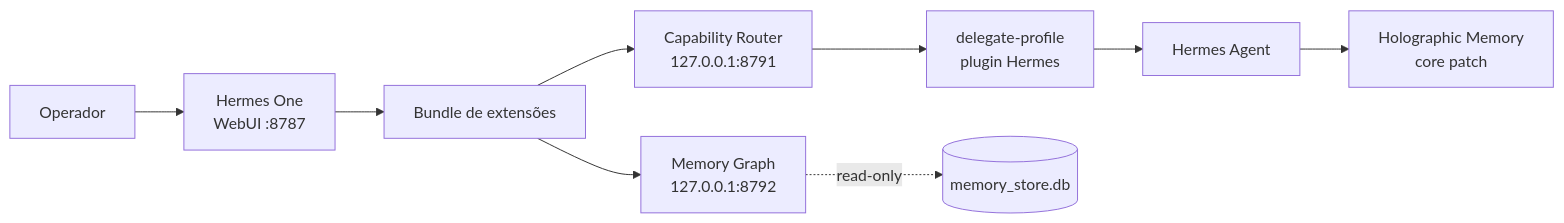
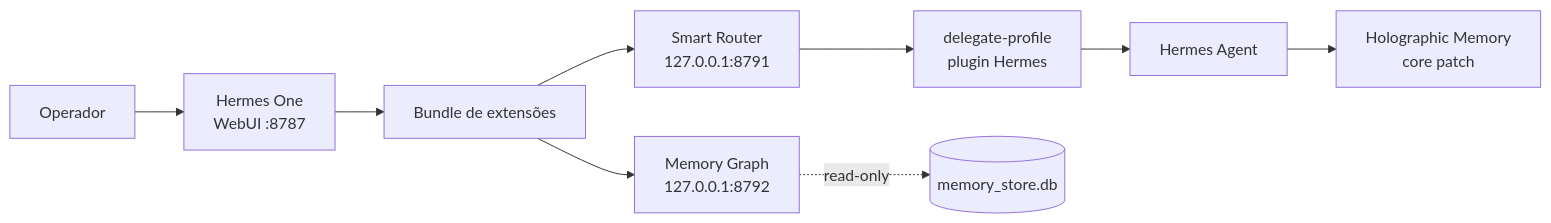
Before and after one commit to rodrigogs/hermes-delegate-profile: the diagram in docs/operations/HERMES_CUSTOMIZATION_MANIFEST.md, drawn with Mermaid. The commit also changed other lines of this file and 32 other files, not shown here.

First line of the commit message:
refactor: o projeto passa a se chamar hermes-smart-router

````diff
--- a/docs/operations/HERMES_CUSTOMIZATION_MANIFEST.md
+++ b/docs/operations/HERMES_CUSTOMIZATION_MANIFEST.md
@@ -23,11 +23,11 @@
 ```mermaid
 flowchart LR
   U[Operador] --> ONE[Hermes One\nWebUI :8787]
   ONE --> EXT[Bundle de extensões]
-  EXT --> ROUTER[Capability Router\n127.0.0.1:8791]
+  EXT --> ROUTER[Smart Router\n127.0.0.1:8791]
   EXT --> GRAPH[Memory Graph\n127.0.0.1:8792]
   ROUTER --> DP[delegate-profile\nplugin Hermes]
   DP --> H[Hermes Agent]
   H --> HM[Holographic Memory\ncore patch]
   GRAPH -. read-only .-> DB[(memory_store.db)]
 ```
````
